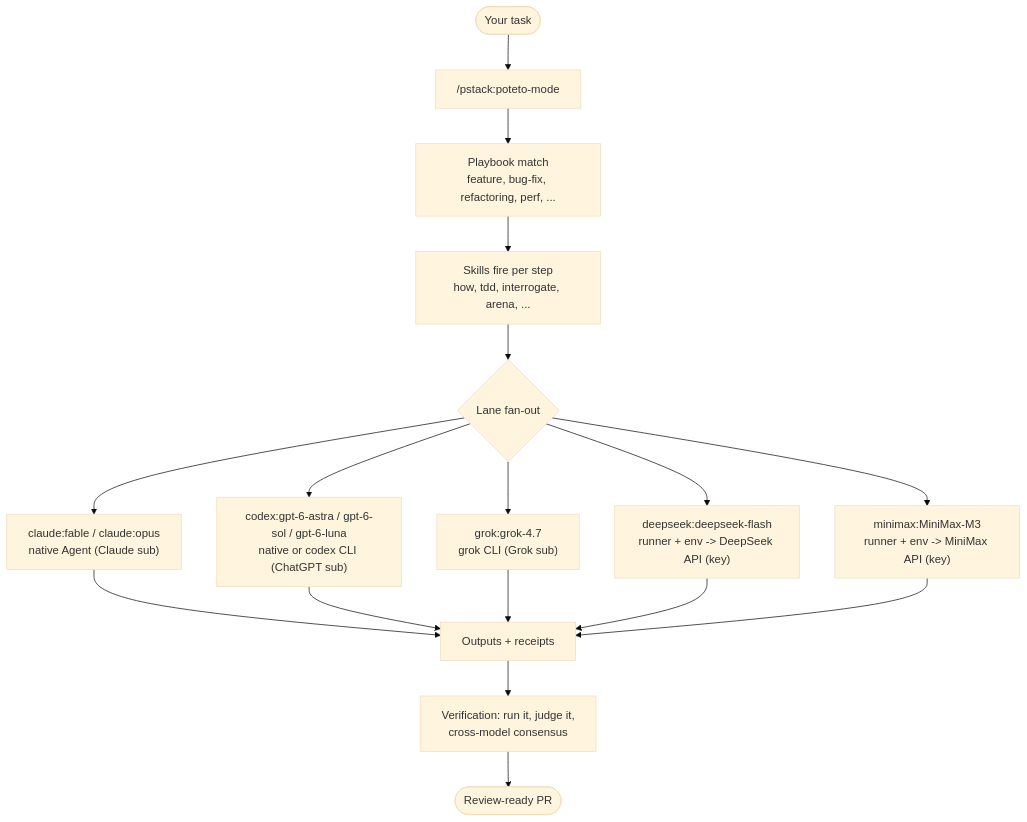
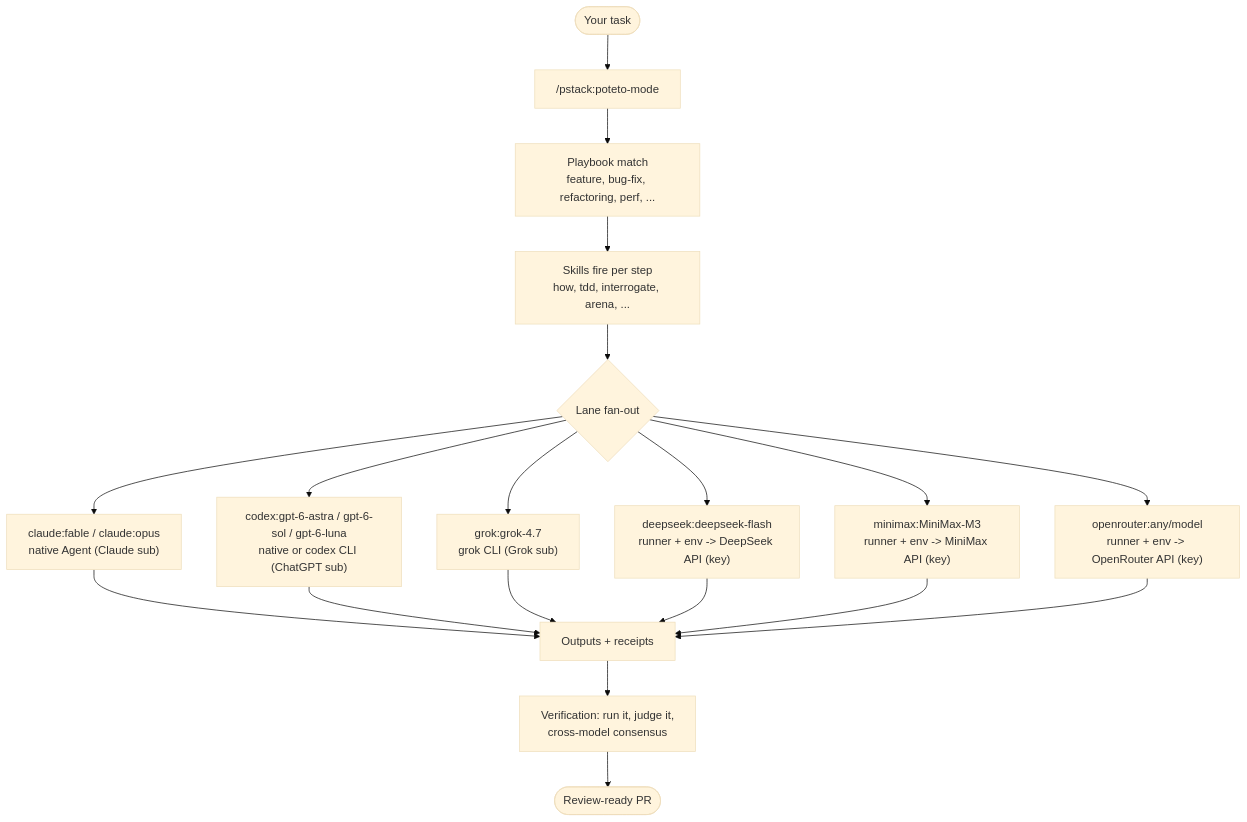
Before and after one commit to thisguymartin/pstack-flex: the first of 4 diagrams in docs/USAGE.md, drawn with Mermaid (base theme). The commit also changed other lines of this file and 6 other files, not shown here.

First line of the commit message:
docs: document OpenRouter lanes and the any-model plan

````diff
--- a/docs/USAGE.md
+++ b/docs/USAGE.md
@@ -15,19 +15,21 @@
 ```mermaid
 flowchart TD
     T([Your task]) --> P["/pstack:poteto-mode"]
     P --> PB[Playbook match<br/>feature, bug-fix, refactoring, perf, ...]
     PB --> S[Skills fire per step<br/>how, tdd, interrogate, arena, ...]
     S --> F{Lane fan-out}
     F --> N1["claude:fable / claude:opus<br/>native Agent (Claude sub)"]
     F --> N2["codex:gpt-6-astra / gpt-6-sol / gpt-6-luna<br/>native or codex CLI (ChatGPT sub)"]
     F --> N3["grok:grok-4.7<br/>grok CLI (Grok sub)"]
     F --> G1["deepseek:deepseek-flash<br/>runner + env -> DeepSeek API (key)"]
     F --> G2["minimax:MiniMax-M3<br/>runner + env -> MiniMax API (key)"]
+    F --> G3["openrouter:any/model<br/>runner + env -> OpenRouter API (key)"]
     N1 --> R[Outputs + receipts]
     N2 --> R
     N3 --> R
     G1 --> R
     G2 --> R
+    G3 --> R
     R --> V[Verification: run it, judge it,<br/>cross-model consensus]
     V --> PR([Review-ready PR])
 ```
````
